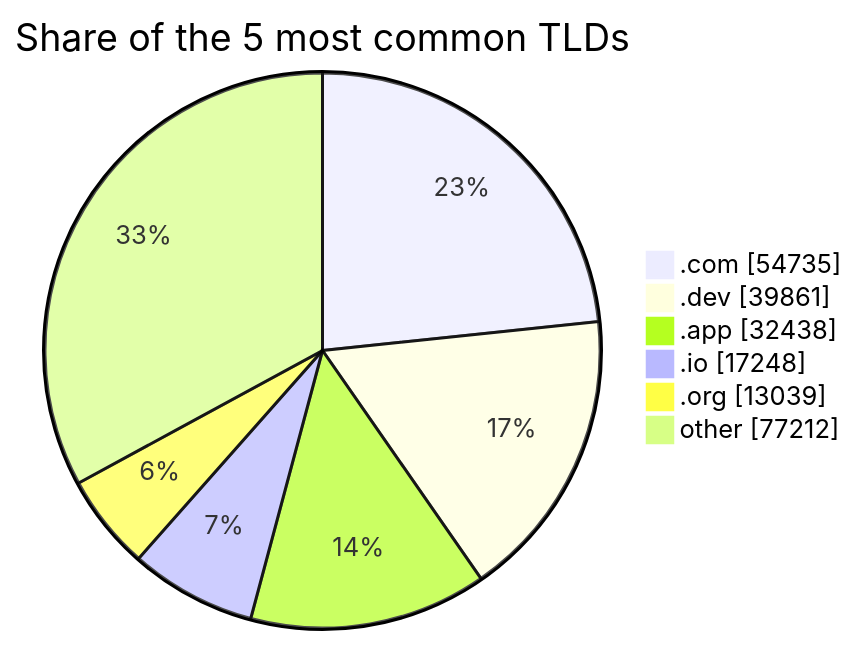
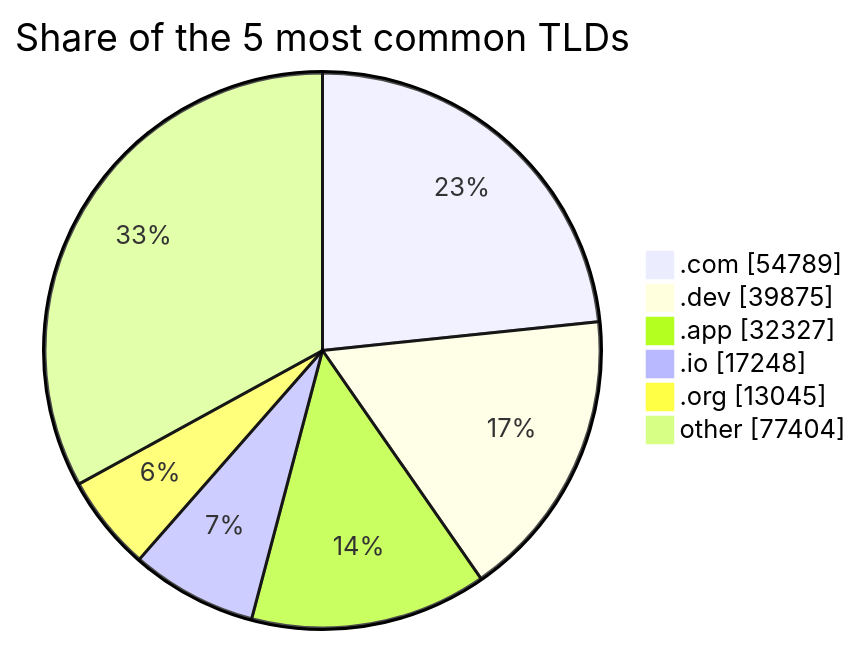
The second of 2 diagrams in README.md (DNSBunker/CTI), drawn with Mermaid before and after one commit. The commit also changed other lines of this file and 3 other files, not shown here.

````diff
--- a/README.md
+++ b/README.md
@@ -72,9 +72,9 @@
 ```mermaid
 pie showData title Share of the 5 most common TLDs
-    ".com" : 54735
-    ".dev" : 39861
-    ".app" : 32438
+    ".com" : 54789
+    ".dev" : 39875
+    ".app" : 32327
     ".io" : 17248
-    ".org" : 13039
-    "other" : 77212
+    ".org" : 13045
+    "other" : 77404
 ```
````
